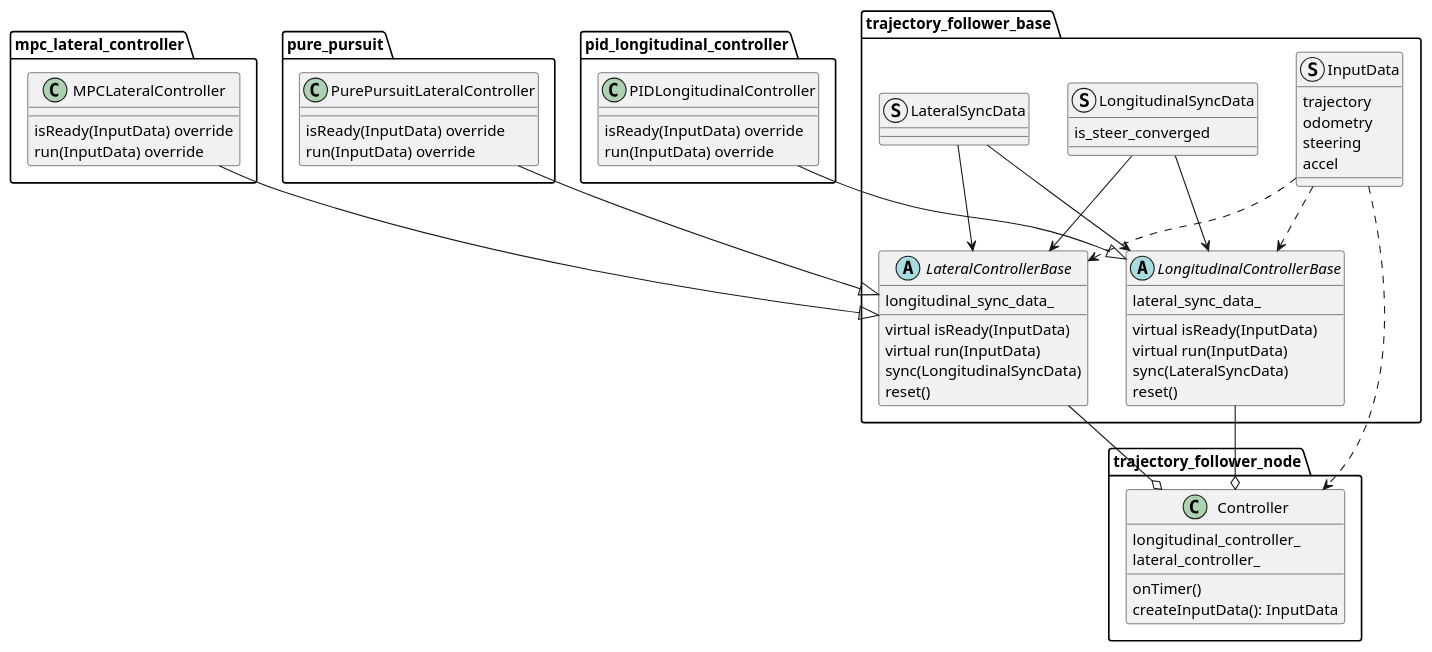
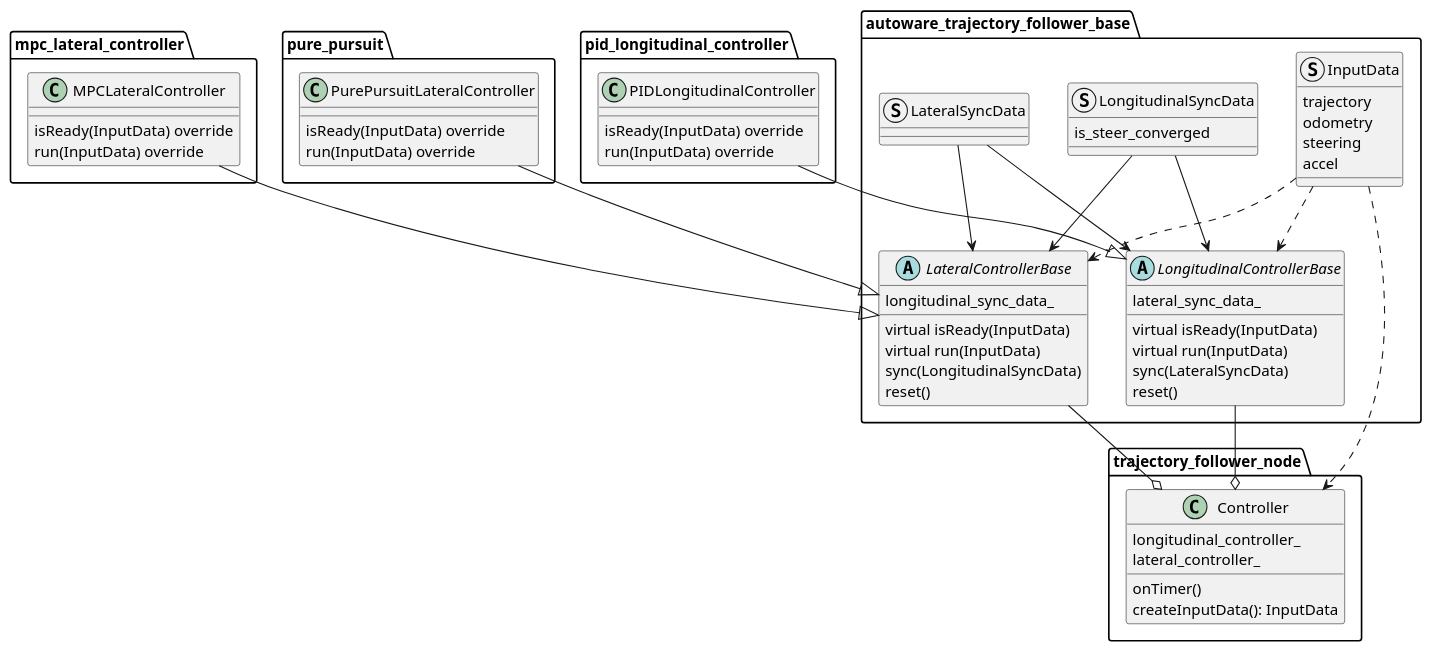
Before and after one commit to autowarefoundation/autoware.universe: the diagram in control/trajectory_follower_node/README.md, drawn with PlantUML. The commit also changed other lines of this file and 8 other files, not shown here.

````diff
--- a/control/trajectory_follower_node/README.md
+++ b/control/trajectory_follower_node/README.md
@@ -13,79 +13,79 @@
 ```plantuml
 @startuml
-package trajectory_follower_base {
+package autoware_trajectory_follower_base {
 abstract class LateralControllerBase {
 longitudinal_sync_data_
 
     virtual isReady(InputData)
     virtual run(InputData)
     sync(LongitudinalSyncData)
     reset()
 
 }
 abstract class LongitudinalControllerBase {
 lateral_sync_data_
 
     virtual isReady(InputData)
     virtual run(InputData)
     sync(LateralSyncData)
     reset()
 
 }
 
 struct InputData {
 trajectory
 odometry
 steering
 accel
 }
 struct LongitudinalSyncData {
 is_steer_converged
 }
 struct LateralSyncData {
 }
 }
 
 package mpc_lateral_controller {
 class MPCLateralController {
 isReady(InputData) override
 run(InputData) override
 }
 }
 package pure_pursuit {
 class PurePursuitLateralController {
 isReady(InputData) override
 run(InputData) override
 }
 }
 package pid_longitudinal_controller {
 class PIDLongitudinalController {
 isReady(InputData) override
 run(InputData) override
 }
 }
 
 package trajectory_follower_node {
 class Controller {
 longitudinal_controller_
 lateral_controller_
 onTimer()
 createInputData(): InputData
 }
 }
 
 MPCLateralController --|> LateralControllerBase
 PurePursuitLateralController --|> LateralControllerBase
 PIDLongitudinalController --|> LongitudinalControllerBase
 
 LateralSyncData --> LongitudinalControllerBase
 LateralSyncData --> LateralControllerBase
 LongitudinalSyncData --> LongitudinalControllerBase
 LongitudinalSyncData --> LateralControllerBase
 InputData ..> LateralControllerBase
 InputData ..> LongitudinalControllerBase
 
 LateralControllerBase --o Controller
 LongitudinalControllerBase --o Controller
 InputData ..> Controller
 @enduml
 ```
````
